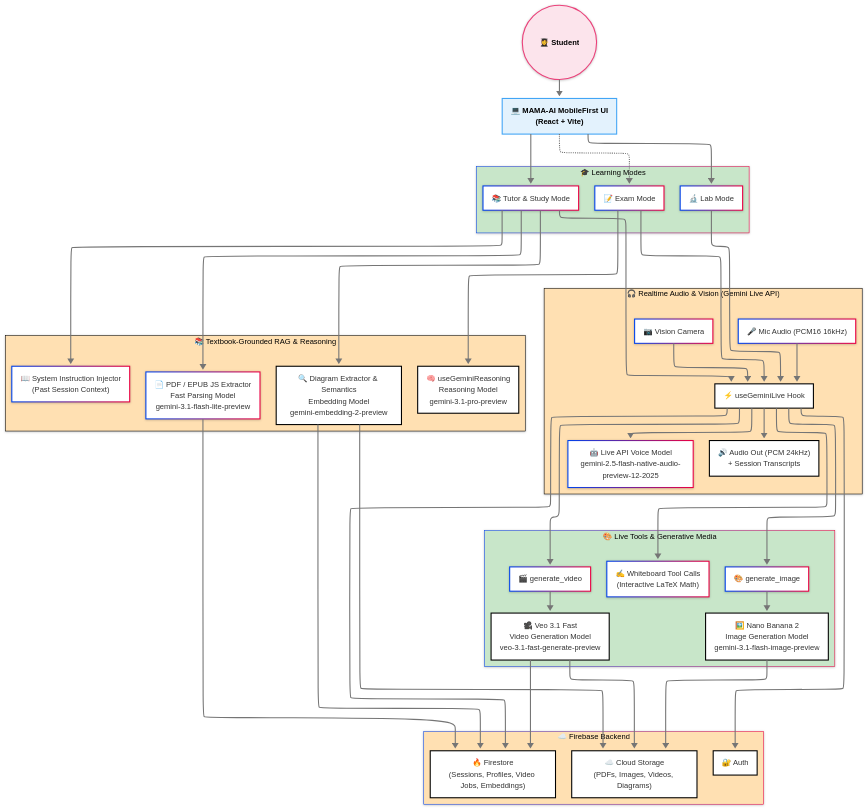
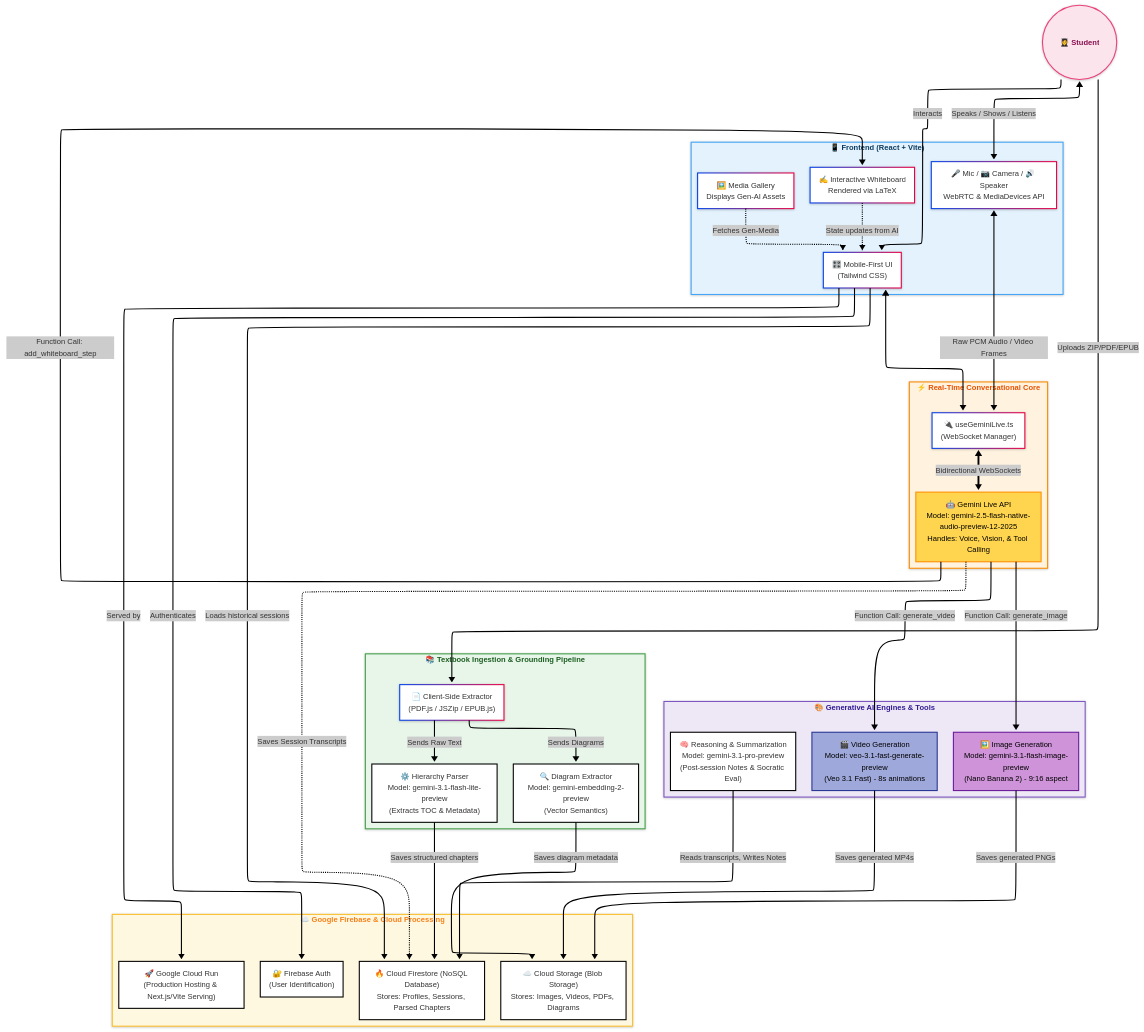
Before and after one commit to pattipativenu/MAMA-AI-live-Agentic-Tutor-: the diagram in README.md, drawn with Mermaid.

Commit message:
docs: update architecture diagram with structured mermaid code, links and icons

````diff
--- a/README.md
+++ b/README.md
@@ -56,101 +56,107 @@
   theme: neo
 ---
 flowchart TB
- subgraph Modes["🎓 Learning Modes"]
-        LabMode["🔬 Lab Mode"]
-        ExamMode["📝 Exam Mode"]
-        TutorMode["📚 Tutor & Study Mode"]
-  end
- subgraph Live["🎧 Realtime Audio & Vision (Gemini Live API)"]
-        useGeminiLive["⚡ useGeminiLive Hook"]
-        LiveModelLabExam["🤖 Live API Voice Model<br/>gemini-2.5-flash-native-audio-preview-12-2025"]
-        Mic["🎤 Mic Audio (PCM16 16kHz)"]
-        Cam["📷 Vision Camera"]
-        LiveOut["🔊 Audio Out (PCM 24kHz)<br/>+ Session Transcripts"]
-  end
- subgraph Tools["🎨 Live Tools & Generative Media"]
-        Whiteboard["✍️ Whiteboard Tool Calls<br/>(Interactive LaTeX Math)"]
-        ImgTool["🎨 generate_image"]
-        VidTool["🎬 generate_video"]
-        ImgGen["🖼️ Nano Banana 2<br/>Image Generation Model<br/>gemini-3.1-flash-image-preview"]
-        VidGen["🎥 Veo 3.1 Fast<br/>Video Generation Model<br/>veo-3.1-fast-generate-preview"]
-  end
- subgraph Firebase["☁️ Firebase Backend"]
-        Auth["🔐 Auth"]
-        Firestore["🔥 Firestore<br/>(Sessions, Profiles, Video Jobs, Embeddings)"]
-        Storage["☁️ Cloud Storage<br/>(PDFs, Images, Videos, Diagrams)"]
-  end
- subgraph Grounding["📚 Textbook-Grounded RAG & Reasoning"]
-        TutorText["📖 System Instruction Injector<br/>(Past Session Context)"]
-        Eval["🧠 useGeminiReasoning<br/>Reasoning Model<br/>gemini-3.1-pro-preview"]
-        TextbookParse["📄 PDF / EPUB JS Extractor<br/>Fast Parsing Model<br/>gemini-3.1-flash-lite-preview"]
-        DiagramExtract["🔍 Diagram Extractor & Semantics<br/>Embedding Model<br/>gemini-embedding-2-preview"]
-  end
-    User(("👩‍🎓 Student")) --> MobileUI["💻 MAMA-AI MobileFirst UI<br/>(React + Vite)"]
-    MobileUI --> LabMode & TutorMode
-    MobileUI -.-> ExamMode
-    ExamMode --> useGeminiLive & Eval
-    TutorMode --> useGeminiLive & TutorText & TextbookParse & DiagramExtract
-    Mic --> useGeminiLive
-    Cam --> useGeminiLive
-    useGeminiLive --> LiveModelLabExam & LiveOut & Whiteboard & ImgTool & VidTool & Auth & Firestore
-    ImgTool --> ImgGen
-    VidTool --> VidGen
-    ImgGen --> Storage
-    VidGen --> Storage & Firestore
-    TextbookParse --> Firestore
-    DiagramExtract --> Storage & Firestore
-    LabMode --> useGeminiLive
 
-     User:::user
-     MobileUI:::ui
-    classDef group2 fill:#fff8e1,stroke:#fbc02d,stroke-width:2px,color:#e65100,font-weight:bold
-    classDef group3 fill:#ede7f6,stroke:#7e57c2,stroke-width:2px,color:#311b92,font-weight:bold
-    classDef group4 fill:#e0f7fa,stroke:#00acc1,stroke-width:2px,color:#004d40,font-weight:bold
-    classDef group5 fill:#fff3e0,stroke:#fb8c00,stroke-width:2px,color:#e65100,font-weight:bold
-    classDef user fill:#fce4ec,stroke:#ec407a,color:#000,font-weight:bold
-    classDef ui fill:#e3f2fd,stroke:#42a5f5,color:#000,font-weight:bold
-    style Grounding stroke:#000000,fill:#FFE0B2
-    style Live fill:#FFE0B2,stroke:#000000,color:#000000
-    style Modes fill:#C8E6C9
-    style Tools fill:#C8E6C9
-    style Firebase fill:#FFE0B2
-    click useGeminiLive "https://ai.google.dev/gemini-api/docs/live-api"
-    click LiveOut "https://ai.google.dev/gemini-api/docs/models/gemini-2.5-flash-native-audio-preview-12-2025"
-    click ImgGen "https://ai.google.dev/gemini-api/docs/image-generation"
-    click VidGen "https://ai.google.dev/gemini-api/docs/video"
-    click Auth "https://firebase.google.com/docs/auth"
-    click Firestore "https://firebase.google.com/docs/firestore"
-    click Storage "https://firebase.google.com/docs/storage"
-    click Eval "https://ai.google.dev/gemini-api/docs/models/gemini-3.1-pro-preview"
-    click DiagramExtract "https://ai.google.dev/gemini-api/docs/embeddings"
-    click MobileUI "https://mama-ai-service-972465918951.us-central1.run.app/"
-    linkStyle 0 stroke:#757575,fill:none
-    linkStyle 1 stroke:#757575,fill:none
-    linkStyle 2 stroke:#757575,fill:none
-    linkStyle 3 stroke:#757575,fill:none
-    linkStyle 4 stroke:#757575,fill:none
-    linkStyle 5 stroke:#757575,fill:none
-    linkStyle 6 stroke:#757575,fill:none
-    linkStyle 7 stroke:#757575,fill:none
-    linkStyle 8 stroke:#757575,fill:none
-    linkStyle 9 stroke:#757575,fill:none
-    linkStyle 10 stroke:#757575,fill:none
-    linkStyle 11 stroke:#757575,fill:none
-    linkStyle 12 stroke:#757575,fill:none
-    linkStyle 13 stroke:#757575,fill:none
-    linkStyle 14 stroke:#757575,fill:none
-    linkStyle 15 stroke:#757575,fill:none
-    linkStyle 16 stroke:#757575,fill:none
-    linkStyle 17 stroke:#757575,fill:none
-    linkStyle 18 stroke:#757575,fill:none
-    linkStyle 19 stroke:#757575,fill:none
-    linkStyle 20 stroke:#757575,fill:none
-    linkStyle 21 stroke:#757575,fill:none
-    linkStyle 22 stroke:#757575,fill:none
-    linkStyle 23 stroke:#757575,fill:none
-    linkStyle 24 stroke:#757575,fill:none
-    linkStyle 25 stroke:#757575,fill:none
-    linkStyle 26 stroke:#757575,fill:none
-    linkStyle 27 stroke:#757575,fill:none
+    %% -- USER & FRONTEND --
+    subgraph Client["📱 Frontend (React + Vite)"]
+        UI["🎛️ Mobile-First UI\n(Tailwind CSS)"]
+        AudioVideoIO["🎤 Mic / 📷 Camera / 🔊 Speaker\nWebRTC & MediaDevices API"]
+        Whiteboard["✍️ Interactive Whiteboard\nRendered via LaTeX"]
+        MediaGallery["🖼️ Media Gallery\nDisplays Gen-AI Assets"]
+    end
+
+    %% -- REAL-TIME CORE --
+    subgraph LiveCore["⚡ Real-Time Conversational Core"]
+        LiveHook["🔌 useGeminiLive.ts\n(WebSocket Manager)"]
+        LiveModel["🤖 Gemini Live API\nModel: gemini-2.5-flash-native-audio-preview-12-2025\nHandles: Voice, Vision, & Tool Calling"]
+    end
+
+    %% -- GENERATIVE TOOLS & AGENTS --
+    subgraph GenAI["🎨 Generative AI Engines & Tools"]
+        ImgModel["🖼️ Image Generation\nModel: gemini-3.1-flash-image-preview\n(Nano Banana 2) - 9:16 aspect"]
+        VidModel["🎬 Video Generation\nModel: veo-3.1-fast-generate-preview\n(Veo 3.1 Fast) - 8s animations"]
+        ReasoningModel["🧠 Reasoning & Summarization\nModel: gemini-3.1-pro-preview\n(Post-session Notes & Socratic Eval)"]
+    end
+
+    %% -- DATA INGESTION & PIPELINE --
+    subgraph RAGPipeline["📚 Textbook Ingestion & Grounding Pipeline"]
+        PDFExtract["📄 Client-Side Extractor\n(PDF.js / JSZip / EPUB.js)"]
+        ParseModel["⚙️ Hierarchy Parser\nModel: gemini-3.1-flash-lite-preview\n(Extracts TOC & Metadata)"]
+        EmbedModel["🔍 Diagram Extractor\nModel: gemini-embedding-2-preview\n(Vector Semantics)"]
+    end
+
+    %% -- BACKEND INFRASTRUCTURE --
+    subgraph Backend["☁️ Google Firebase & Cloud Processing"]
+        Auth["🔐 Firebase Auth\n(User Identification)"]
+        Firestore["🔥 Cloud Firestore (NoSQL Database)\nStores: Profiles, Sessions, Parsed Chapters"]
+        Storage["☁️ Cloud Storage (Blob Storage)\nStores: Images, Videos, PDFs, Diagrams"]
+        CloudRun["🚀 Google Cloud Run\n(Production Hosting & Next.js/Vite Serving)"]
+    end
+
+    %% -- RELATIONSHIPS & DATA FLOW --
+    User(("👩‍🎓 Student")) <--> |Speaks / Shows / Listens| AudioVideoIO
+    User --> |Interacts| UI
+
+    %% Client Operations
+    UI <--> LiveHook
+    AudioVideoIO <--> |Raw PCM Audio / Video Frames| LiveHook
+    Whiteboard -.-> |State updates from AI| UI
+    MediaGallery -.-> |Fetches Gen-Media| UI
+
+    %% Live Connection
+    LiveHook <==> |Bidirectional WebSockets| LiveModel
+
+    %% Live Tool Executions
+    LiveModel --> |Function Call: generate_image| ImgModel
+    LiveModel --> |Function Call: generate_video| VidModel
+    LiveModel --> |Function Call: add_whiteboard_step| Whiteboard
+
+    %% Processing & Storage
+    LiveModel -.-> |Saves Session Transcripts| Firestore
+    ImgModel --> |Saves generated PNGs| Storage
+    VidModel --> |Saves generated MP4s| Storage
+    ReasoningModel --> |Reads transcripts, Writes Notes| Firestore
+
+    %% RAG Pipeline Flow
+    User --> |Uploads ZIP/PDF/EPUB| PDFExtract
+    PDFExtract --> |Sends Raw Text| ParseModel
+    PDFExtract --> |Sends Diagrams| EmbedModel
+    ParseModel --> |Saves structured chapters| Firestore
+    EmbedModel --> |Saves diagram metadata| Storage 
+
+    %% Backend integrations
+    UI --> |Authenticates| Auth
+    UI --> |Loads historical sessions| Firestore
+    UI --> |Served by| CloudRun
+
+    %% Styling Elements
+    classDef client fill:#e3f2fd,stroke:#42a5f5,stroke-width:2px,color:#0b3b60,font-weight:bold
+    classDef live fill:#fff3e0,stroke:#fb8c00,stroke-width:2px,color:#e65100,font-weight:bold
+    classDef genai fill:#ede7f6,stroke:#7e57c2,stroke-width:2px,color:#311b92,font-weight:bold
+    classDef rag fill:#e8f5e9,stroke:#43a047,stroke-width:2px,color:#1b5e20,font-weight:bold
+    classDef backend fill:#fff8e1,stroke:#fbc02d,stroke-width:2px,color:#f57f17,font-weight:bold
+    classDef user fill:#fce4ec,stroke:#ec407a,stroke-width:2px,color:#880e4f,font-weight:bold
+
+    class Client client
+    class LiveCore live
+    class GenAI genai
+    class RAGPipeline rag
+    class Backend backend
+    class User user
+    
+    style LiveModel fill:#FFD54F,stroke:#FF8F00,stroke-width:2px,color:#000
+    style ImgModel fill:#CE93D8,stroke:#6A1B9A,stroke-width:2px,color:#000
+    style VidModel fill:#9FA8DA,stroke:#283593,stroke-width:2px,color:#000
+    
+    %% Clickable Links
+    click LiveModel "https://ai.google.dev/gemini-api/docs/live-api" "Gemini Live API Docs"
+    click ImgModel "https://ai.google.dev/gemini-api/docs/image-generation" "Gemini Image Generation"
+    click VidModel "https://ai.google.dev/gemini-api/docs/video" "Gemini Video Generation"
+    click ReasoningModel "https://ai.google.dev/gemini-api/docs/models/gemini-3.1-pro-preview" "Gemini Pro Docs"
+    click ParseModel "https://ai.google.dev/gemini-api/docs/models/gemini-3.1-flash-lite-preview" "Gemini Flash Lite Docs"
+    click EmbedModel "https://ai.google.dev/gemini-api/docs/embeddings" "Gemini Embeddings Docs"
+    click Auth "https://firebase.google.com/docs/auth" "Firebase Auth Docs"
+    click Firestore "https://firebase.google.com/docs/firestore" "Firestore Docs"
+    click Storage "https://firebase.google.com/docs/storage" "Cloud Storage Docs"
+    click CloudRun "https://cloud.google.com/run" "Google Cloud Run Docs"
 ```
````
